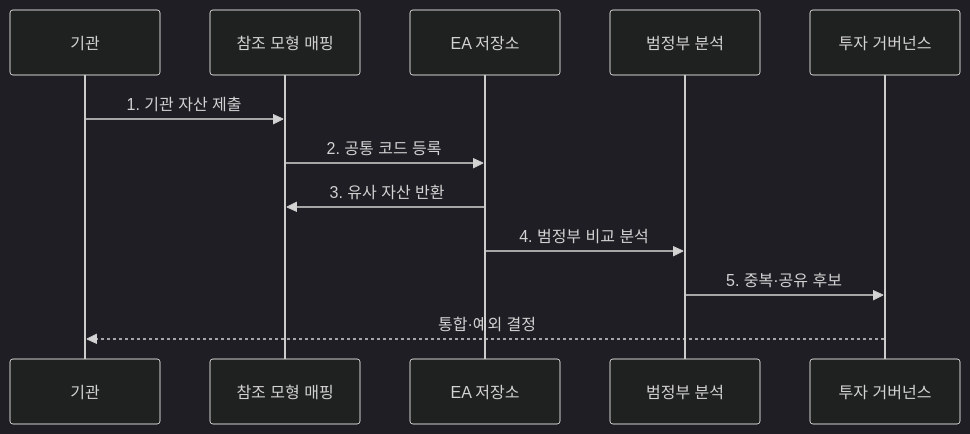
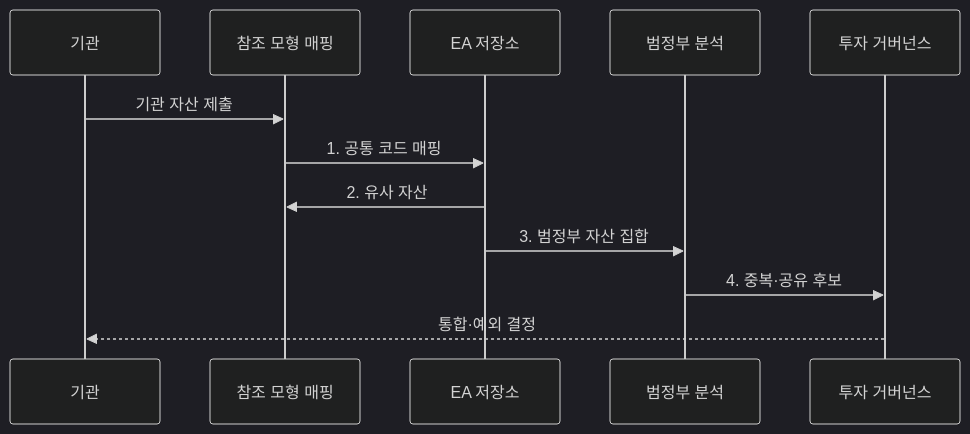
One commit to agnusdei1207/knowledge-base changed the second of 2 diagrams in src/content/docs/notes/03-software/190_government_ea_trm_drm.md. Above: the diagram before and after it, drawn with Mermaid (dark theme). The commit also changed other lines of this file and 20 other files, not shown here.

````diff
--- a/src/content/docs/notes/03-software/190_government_ea_trm_drm.md
+++ b/src/content/docs/notes/03-software/190_government_ea_trm_drm.md
@@ -78,14 +79,14 @@
 ```mermaid
 sequenceDiagram
     participant I as 기관
     participant M as 참조 모형 매핑
     participant R as EA 저장소
     participant A as 범정부 분석
     participant G as 투자 거버넌스
-    I->>M: 1. 기관 자산 제출
-    M->>R: 2. 공통 코드 등록
-    R->>M: 3. 유사 자산 반환
-    R->>A: 4. 범정부 비교 분석
-    A->>G: 5. 중복·공유 후보
+    I->>M: 기관 자산 제출
+    M->>R: 1. 공통 코드 매핑
+    R->>M: 2. 유사 자산
+    R->>A: 3. 범정부 자산 집합
+    A->>G: 4. 중복·공유 후보
     G-->>I: 통합·예외 결정
 ```
````
